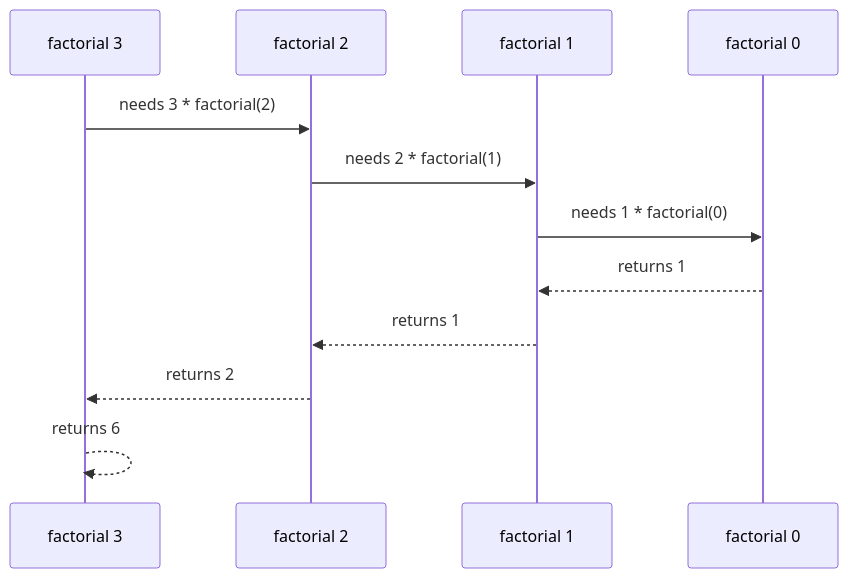
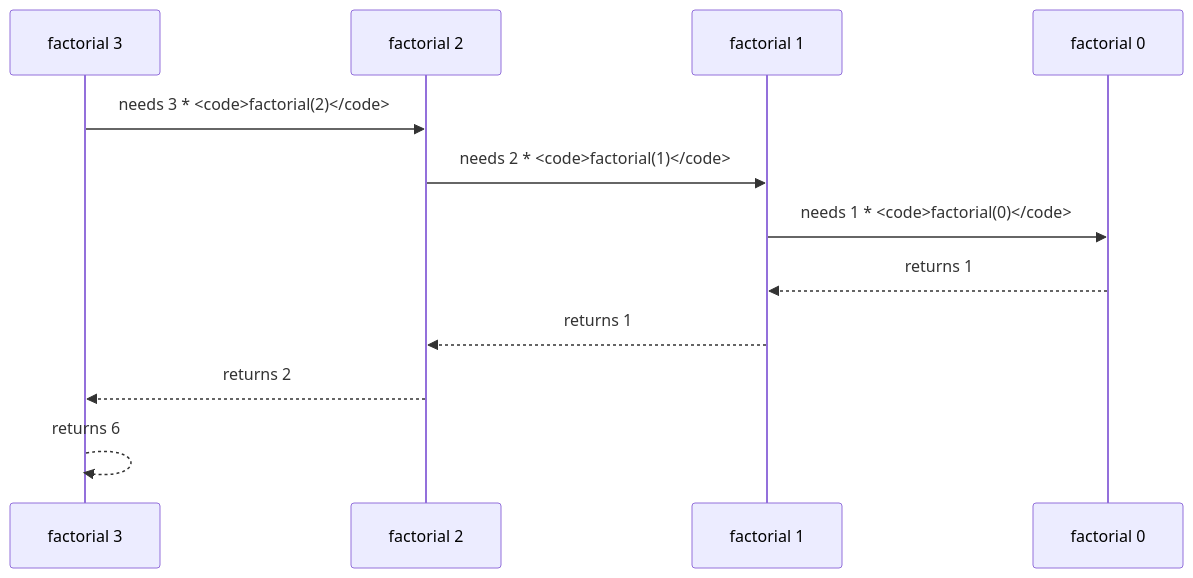
The first of 2 diagrams in content/courses/mastering-dsa-cpp/recursion.mdx (dataslope/dataslope), drawn with Mermaid before and after one commit. The commit also changed 65 other files, not shown here.

First line of the commit message:
Set code in every mermaid label in the mono face

````diff
--- a/content/courses/mastering-dsa-cpp/recursion.mdx
+++ b/content/courses/mastering-dsa-cpp/recursion.mdx
@@ -42,14 +42,14 @@
 ```mermaid
 sequenceDiagram
     participant F3 as factorial 3
     participant F2 as factorial 2
     participant F1 as factorial 1
     participant F0 as factorial 0
-    F3->>F2: needs 3 * factorial(2)
-    F2->>F1: needs 2 * factorial(1)
-    F1->>F0: needs 1 * factorial(0)
+    F3->>F2: needs 3 * <code>factorial(2)</code>
+    F2->>F1: needs 2 * <code>factorial(1)</code>
+    F1->>F0: needs 1 * <code>factorial(0)</code>
     F0-->>F1: returns 1
     F1-->>F2: returns 1
     F2-->>F3: returns 2
     F3-->>F3: returns 6
 ```
````
